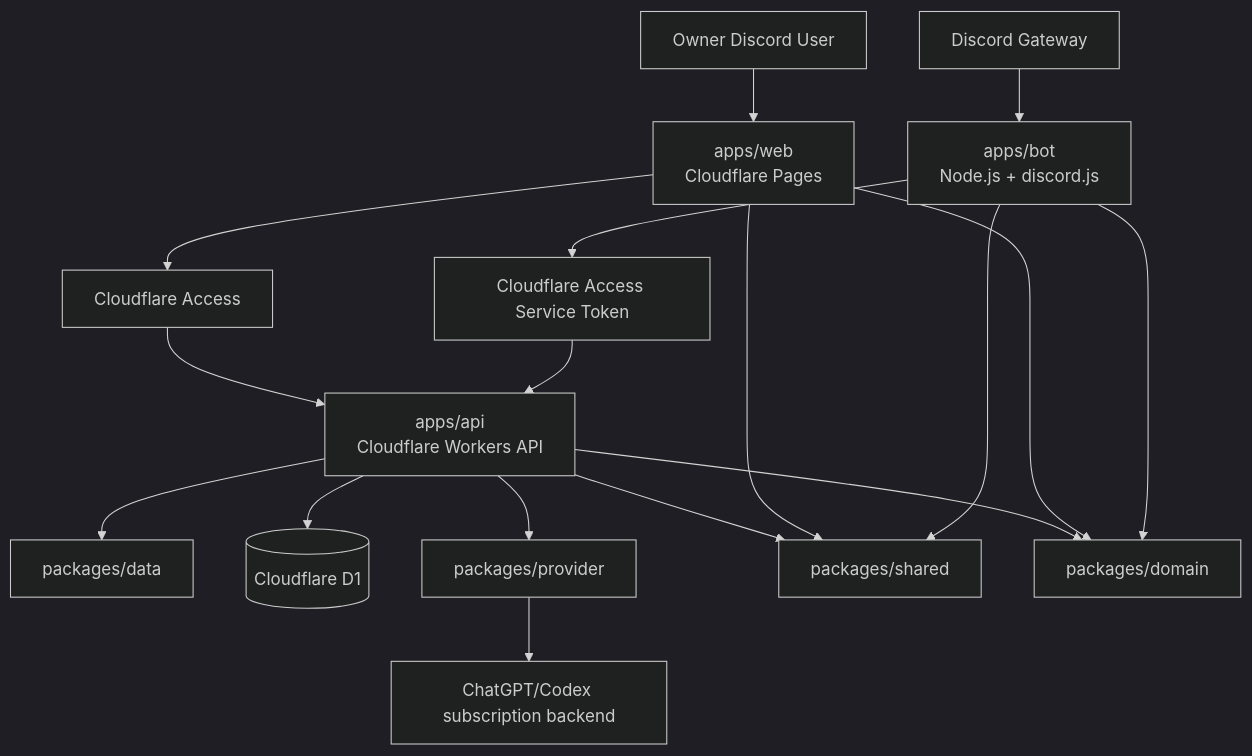
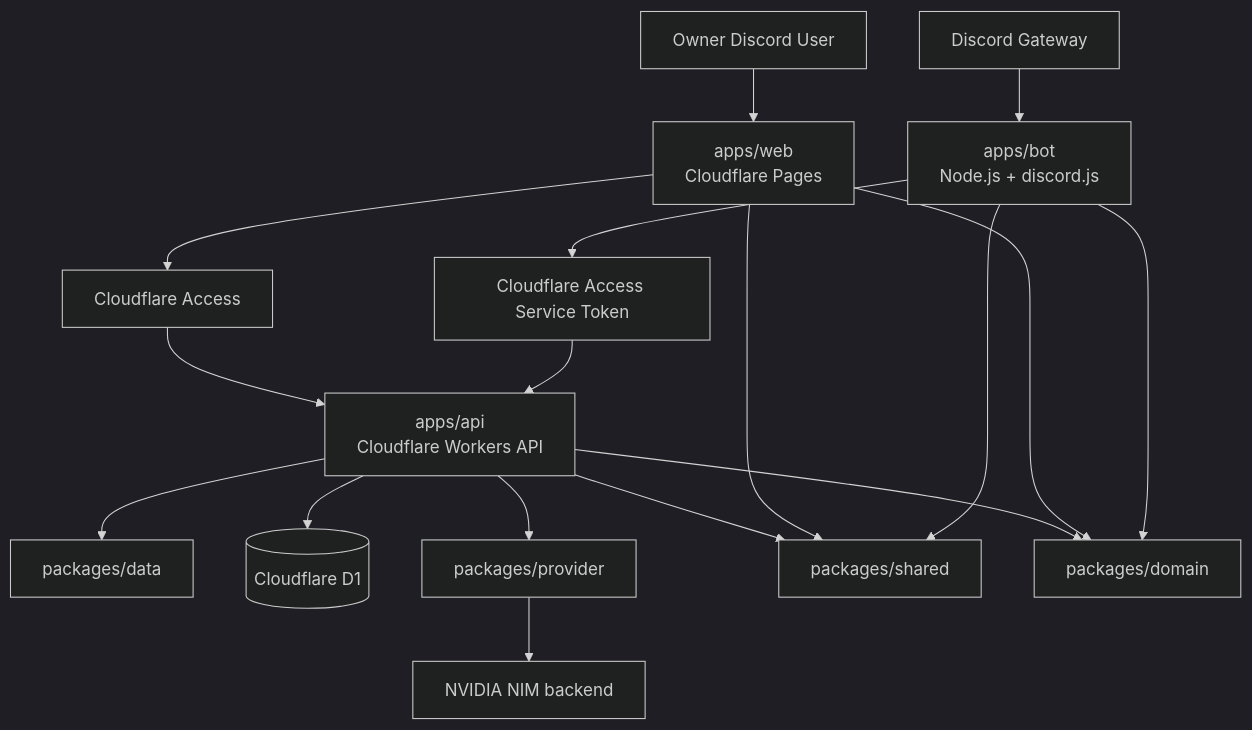
Before and after one commit to WakuwakuP/dc-chatbot: the first of 2 diagrams in README.md, drawn with Mermaid (dark theme). The commit also changed other lines of this file and 14 other files, not shown here.

Commit message:
docs: adopt NVIDIA NIM provider credential

````diff
--- a/README.md
+++ b/README.md
@@ -181,22 +181,22 @@
 ```mermaid
 flowchart TD
     owner[Owner Discord User] --> web[apps/web\nCloudflare Pages]
     web --> access[Cloudflare Access]
     access --> api[apps/api\nCloudflare Workers API]
 
     discord[Discord Gateway] --> bot[apps/bot\nNode.js + discord.js]
     bot --> botAccess[Cloudflare Access Service Token]
     botAccess --> api
 
     api --> data[packages/data]
     api --> d1[(Cloudflare D1)]
     api --> provider[packages/provider]
-    provider --> backend[ChatGPT/Codex subscription backend]
+    provider --> backend[NVIDIA NIM backend]
 
     api --> shared[packages/shared]
     web --> shared
     bot --> shared
     api --> domain[packages/domain]
     web --> domain
     bot --> domain
 ```
````
